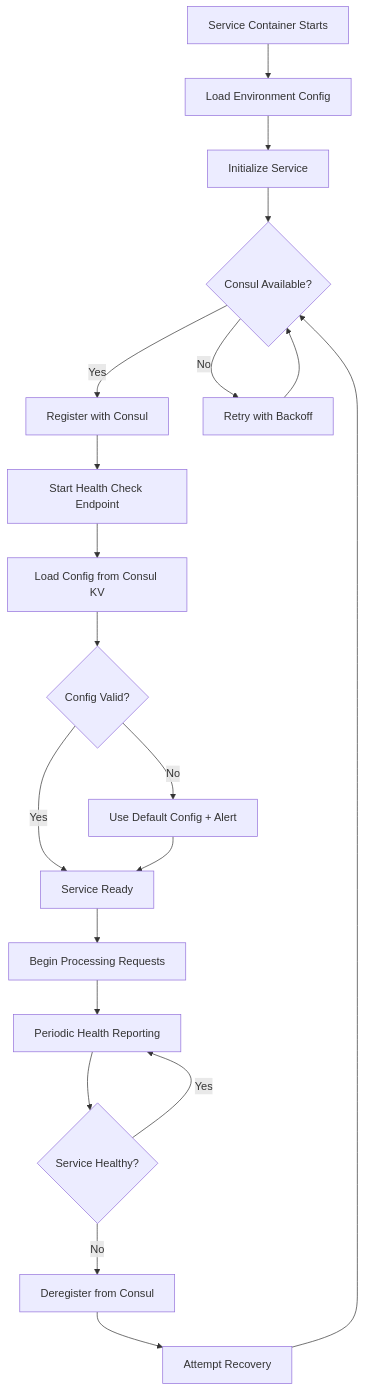
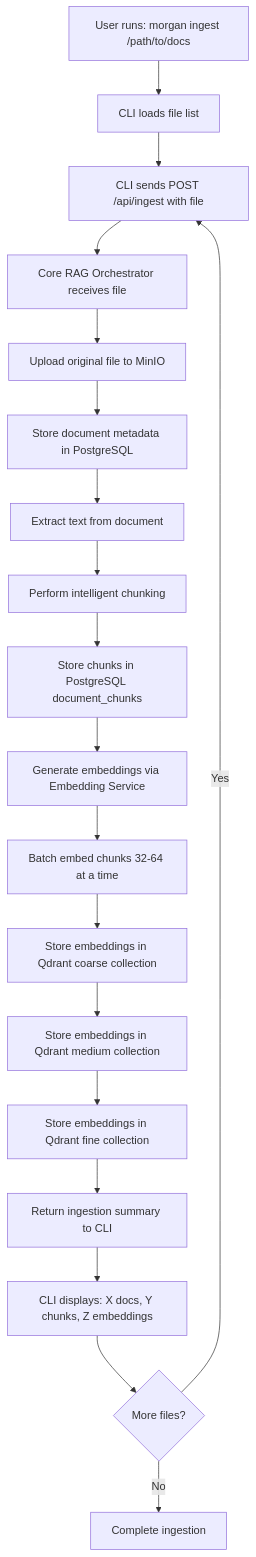
Before and after one commit to lazarevtill/Morgan: the fourth of 5 diagrams in .kiro/specs/morgan-multi-host-mvp/design.md, drawn with Mermaid. The commit also changed other lines of this file and 12 other files, not shown here.

````diff
--- a/.kiro/specs/morgan-multi-host-mvp/design.md
+++ b/.kiro/specs/morgan-multi-host-mvp/design.md
@@ -631,23 +2054,25 @@
 ```mermaid
 flowchart TD
-    A[Service Container Starts] --> B[Load Environment Config]
-    B --> C[Initialize Service]
-    C --> D{Consul Available?}
-    D -->|Yes| E[Register with Consul]
-    D -->|No| F[Retry with Backoff]
-    F --> D
-    E --> G[Start Health Check Endpoint]
-    G --> H[Load Config from Consul KV]
-    H --> I{Config Valid?}
-    I -->|Yes| J[Service Ready]
-    I -->|No| K[Use Default Config + Alert]
-    K --> J
-    J --> L[Begin Processing Requests]
+    A[User runs: morgan ingest /path/to/docs] --> B[CLI loads file list]
+    B --> C[CLI sends POST /api/ingest with file]
 
-    L --> M[Periodic Health Reporting]
-    M --> N{Service Healthy?}
-    N -->|Yes| M
-    N -->|No| O[Deregister from Consul]
-    O --> P[Attempt Recovery]
-    P --> D
+    C --> D[Core RAG Orchestrator receives file]
+    D --> E[Upload original file to MinIO]
+    E --> F[Store document metadata in PostgreSQL]
+
+    F --> G[Extract text from document]
+    G --> H[Perform intelligent chunking]
+    H --> I[Store chunks in PostgreSQL document_chunks]
+
+    I --> J[Generate embeddings via Embedding Service]
+    J --> K[Batch embed chunks 32-64 at a time]
+    K --> L[Store embeddings in Qdrant coarse collection]
+    L --> M[Store embeddings in Qdrant medium collection]
+    M --> N[Store embeddings in Qdrant fine collection]
+
+    N --> O[Return ingestion summary to CLI]
+    O --> P[CLI displays: X docs, Y chunks, Z embeddings]
+    P --> Q{More files?}
+    Q -->|Yes| C
+    Q -->|No| R[Complete ingestion]
 ```
````
